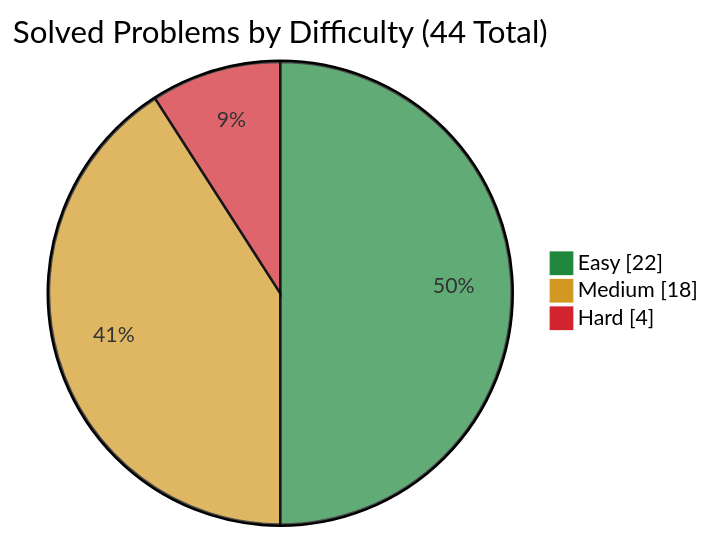
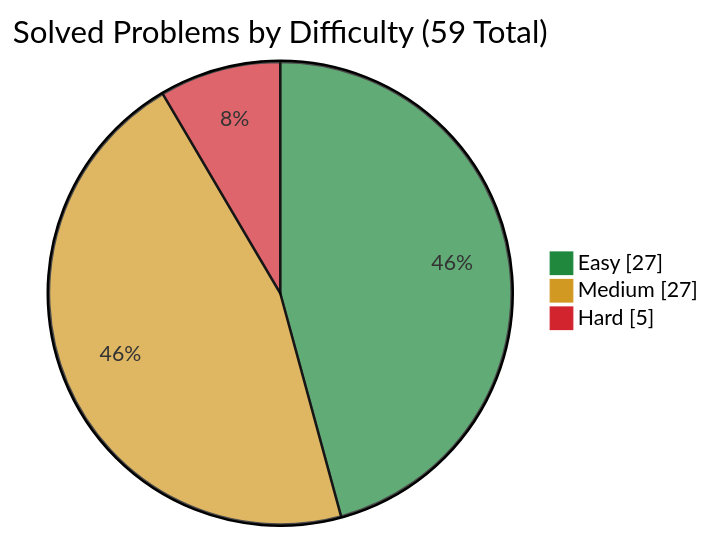
One commit to simonesiega/leetcode-solutions changed the second of 4 diagrams in README.md. Above: the diagram before and after it, drawn with Mermaid. The commit also changed other lines of this file and 17 other files, not shown here.

````diff
--- a/README.md
+++ b/README.md
@@ -91,8 +96,8 @@
 ```mermaid
 %%{init: {"themeVariables": {"pie1": "#1f883d", "pie2": "#d29922", "pie3": "#d1242f"}}}%%
 pie showData
-    title Solved Problems by Difficulty (44 Total)
-    "Easy" : 22
-    "Medium" : 18
-    "Hard" : 4
+    title Solved Problems by Difficulty (59 Total)
+    "Easy" : 27
+    "Medium" : 27
+    "Hard" : 5
 ```
````
